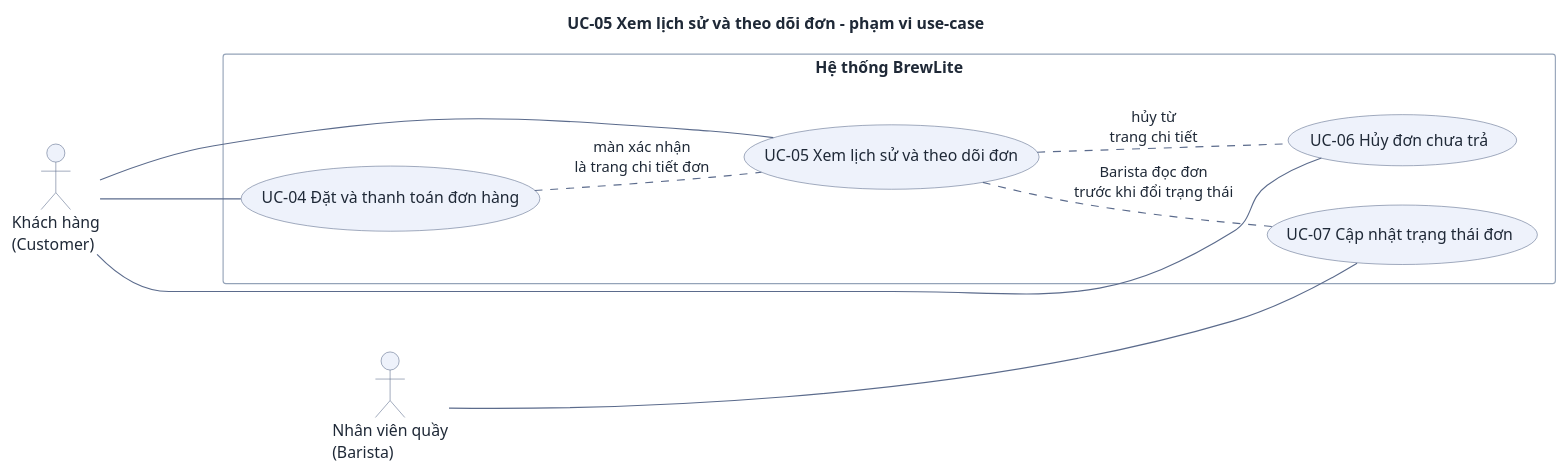
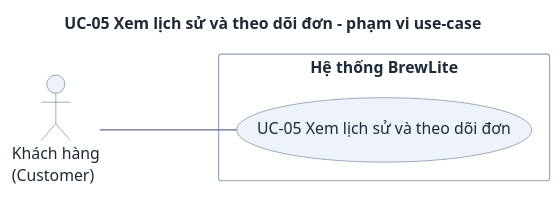
Before and after one commit to DuVinhLoi/BrewLite: the diagram in docs/requirements/use-cases/uc-05-order-history.puml, drawn with PlantUML. The commit also changed 11 other files, not shown here.

```diff
--- a/docs/requirements/use-cases/uc-05-order-history.puml
+++ b/docs/requirements/use-cases/uc-05-order-history.puml
@@ -1,37 +1,25 @@
 @startuml uc-05-order-history
 ' BrewLite A2 - Use-case diagram cho UC-05. Dac ta va ma yeu cau: docs/requirements/use-cases/uc-05-order-history.md
 skinparam DefaultFontColor #1f2937
 skinparam ArrowColor #5b6b8c
 skinparam ArrowFontColor #1f2937
 skinparam RectangleBackgroundColor #ffffff
 skinparam RectangleBorderColor #94a3b8
 skinparam ActorBackgroundColor #eef2fb
 skinparam ActorBorderColor #5b6b8c
 skinparam UsecaseBackgroundColor #eef2fb
 skinparam UsecaseBorderColor #5b6b8c
 skinparam Shadowing false
 
 left to right direction
 
 title UC-05 Xem lịch sử và theo dõi đơn - phạm vi use-case
 
 actor "Khách hàng\n(Customer)" as Customer
-actor "Nhân viên quầy\n(Barista)" as Barista
 
 rectangle "Hệ thống BrewLite" {
   usecase "UC-05 Xem lịch sử và theo dõi đơn" as UC05
-  usecase "UC-04 Đặt và thanh toán đơn hàng" as UC04
-  usecase "UC-06 Hủy đơn chưa trả" as UC06
-  usecase "UC-07 Cập nhật trạng thái đơn" as UC07
 }
 
 Customer --- UC05
-Customer --- UC04
-Customer --- UC06
-Barista --- UC07
-
-UC04 .. UC05 : màn xác nhận\nlà trang chi tiết đơn
-UC05 .. UC06 : hủy từ\ntrang chi tiết
-UC05 .. UC07 : Barista đọc đơn\ntrước khi đổi trạng thái
-
 @enduml
```
